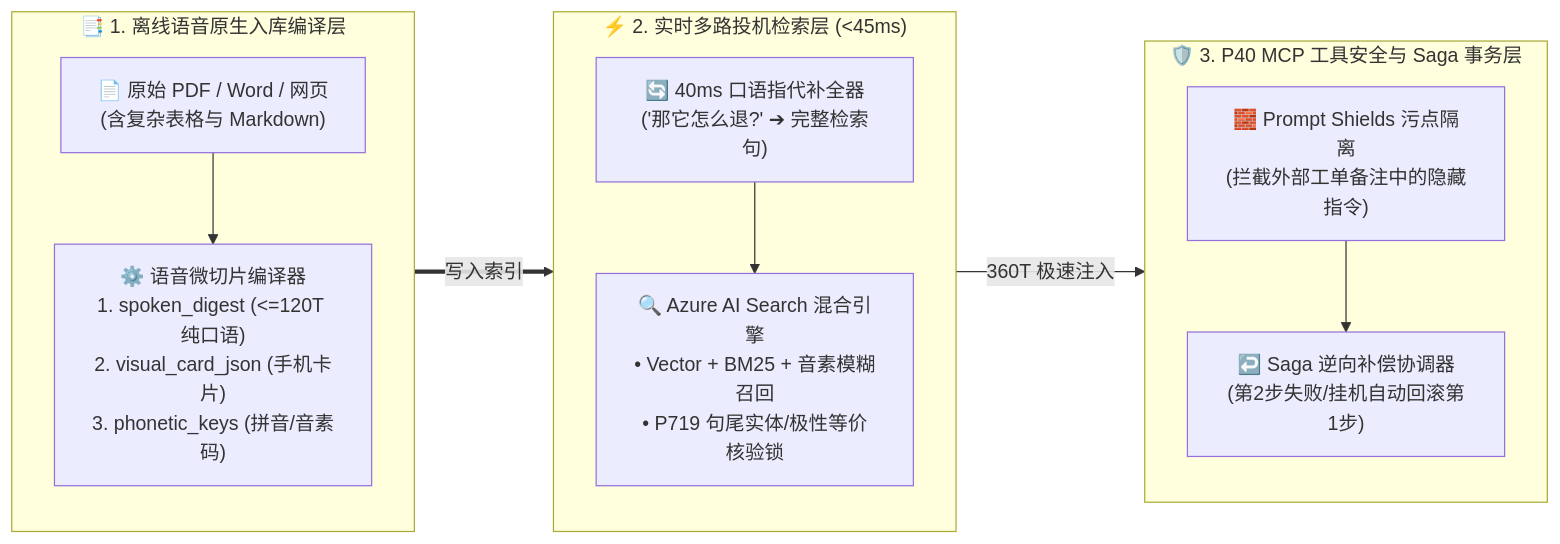
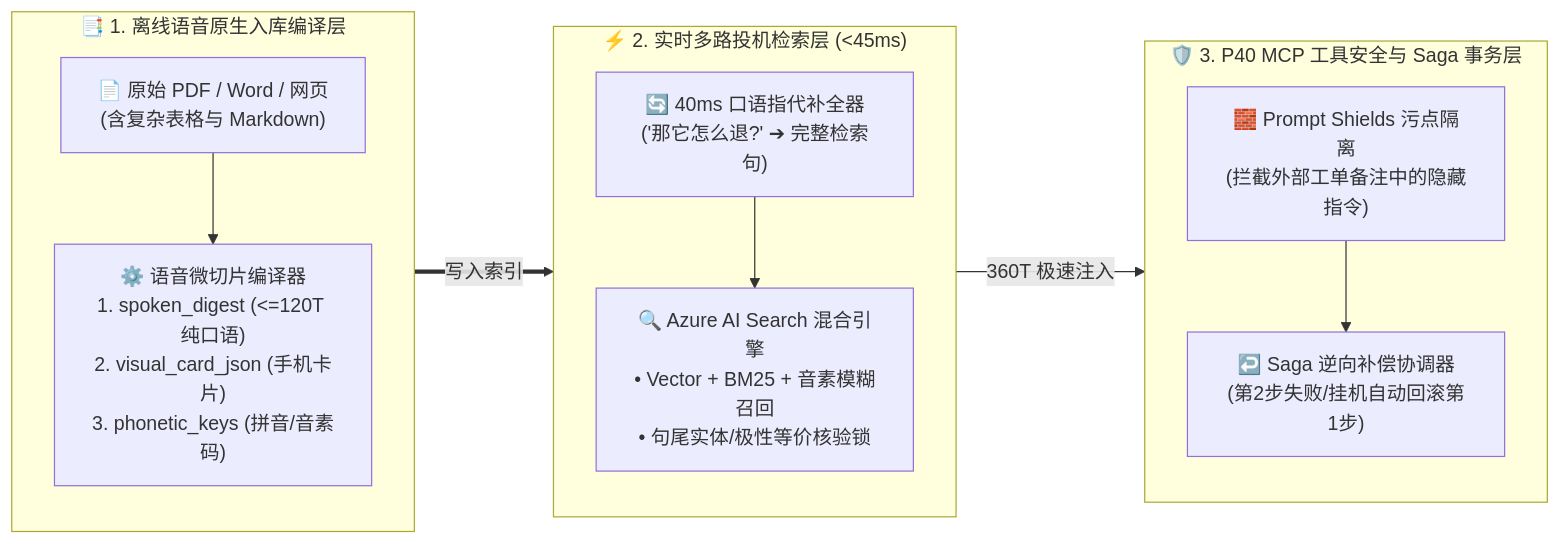
One commit to turbo998/voice-agent-lab changed the second of 3 diagrams in docs/enterprise-voice-rag-knowledge-graph-mcp-tool-security-selection-faq.md. Above: the diagram before and after it, drawn with Mermaid. The commit also changed other lines of this file and 715 other files, not shown here.

````diff
--- a/docs/enterprise-voice-rag-knowledge-graph-mcp-tool-security-selection-faq.md
+++ b/docs/enterprise-voice-rag-knowledge-graph-mcp-tool-security-selection-faq.md
@@ -102,26 +102,26 @@
 ```mermaid
 flowchart LR
-    subgraph DocIngest["📑 1. 离线语音原生入库编译层"]
-        direction TB
-        RawPDF["📄 原始 PDF / Word / 网页<br/>(含复杂表格与 Markdown)"]
-        Compiler["⚙️ 语音微切片编译器<br/>1. spoken_digest (<=120T 纯口语)<br/>2. visual_card_json (手机卡片)<br/>3. phonetic_keys (拼音/音素码)"]
-        RawPDF --> Compiler
-    end
+ subgraph DocIngest["📑 1. 离线语音原生入库编译层"]
+ direction TB
+ RawPDF["📄 原始 PDF / Word / 网页<br/>(含复杂表格与 Markdown)"]
+ Compiler["⚙️ 语音微切片编译器<br/>1. spoken_digest (<=120T 纯口语)<br/>2. visual_card_json (手机卡片)<br/>3. phonetic_keys (拼音/音素码)"]
+ RawPDF --> Compiler
+ end
 
-    subgraph RuntimeRAG["⚡ 2. 实时多路投机检索层 (<45ms)"]
-        direction TB
-        Rewriter["🔄 40ms 口语指代补全器<br/>('那它怎么退?' ➔ 完整检索句)"]
-        AISearch["🔍 Azure AI Search 混合引擎<br/>• Vector + BM25 + 音素模糊召回<br/>• P719 句尾实体/极性等价核验锁"]
-        Rewriter --> AISearch
-    end
+ subgraph RuntimeRAG["⚡ 2. 实时多路投机检索层 (<45ms)"]
+ direction TB
+ Rewriter["🔄 40ms 口语指代补全器<br/>('那它怎么退?' ➔ 完整检索句)"]
+ AISearch["🔍 Azure AI Search 混合引擎<br/>• Vector + BM25 + 音素模糊召回<br/>• 句尾实体/极性等价核验锁"]
+ Rewriter --> AISearch
+ end
 
-    subgraph McpGuard["🛡️ 3. P40 MCP 工具安全与 Saga 事务层"]
-        direction TB
-        Shield["🧱 Prompt Shields 污点隔离<br/>(拦截外部工单备注中的隐藏指令)"]
-        Saga["↩️ Saga 逆向补偿协调器<br/>(第2步失败/挂机自动回滚第1步)"]
-        Shield --> Saga
-    end
+ subgraph McpGuard["🛡️ 3. P40 MCP 工具安全与 Saga 事务层"]
+ direction TB
+ Shield["🧱 Prompt Shields 污点隔离<br/>(拦截外部工单备注中的隐藏指令)"]
+ Saga["↩️ Saga 逆向补偿协调器<br/>(第2步失败/挂机自动回滚第1步)"]
+ Shield --> Saga
+ end
 
-    Compiler ==>|"写入索引"| AISearch
-    AISearch -->|"360T 极速注入"| McpGuard
+ Compiler ==>|"写入索引"| AISearch
+ AISearch -->|"360T 极速注入"| McpGuard
 ```
````
